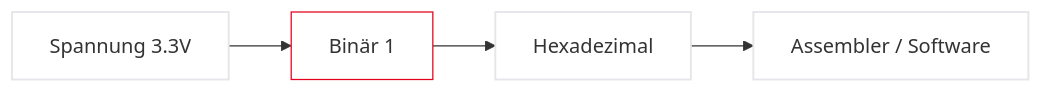
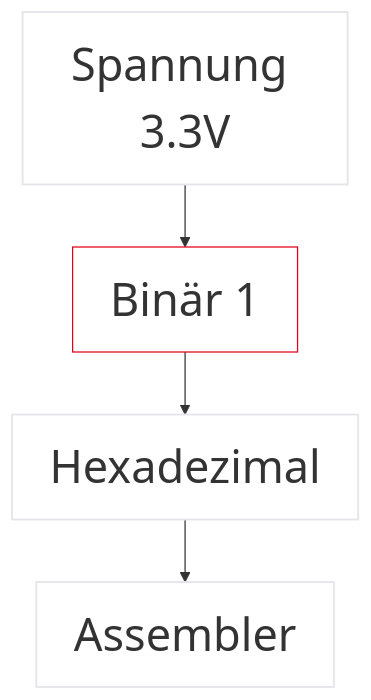
One commit to dantschi/mct1 changed the sixth of 38 diagrams in vorlesungen/01_kickoff.qmd. Above: the diagram before and after it, drawn with Mermaid. The commit also changed other lines of this file and 6 other files, not shown here.

First line of the commit message:
Behebe Mermaid-Lesbarkeit und Folien-Overflow im Kickoff.

````diff
--- a/vorlesungen/01_kickoff.qmd
+++ b/vorlesungen/01_kickoff.qmd
@@ -240,10 +227,11 @@
 ```{mermaid}
-graph LR
+%%{init: {'themeVariables': {'fontSize': '36px', 'fontFamily': 'Inter, sans-serif'}}}%%
+graph TD
   A["Spannung 3.3V"] --> B["Binär 1"]
   B --> C[Hexadezimal]
-  C --> D[Assembler / Software]
+  C --> D[Assembler]
   style B fill:#FFFFFF,stroke:#E2001A,stroke-width:2px !important
   style A fill:#FFFFFF,stroke:#E5E5EA,stroke-width:1.5px
   style C fill:#FFFFFF,stroke:#E5E5EA,stroke-width:1.5px
   style D fill:#FFFFFF,stroke:#E5E5EA,stroke-width:1.5px
 ```
````
